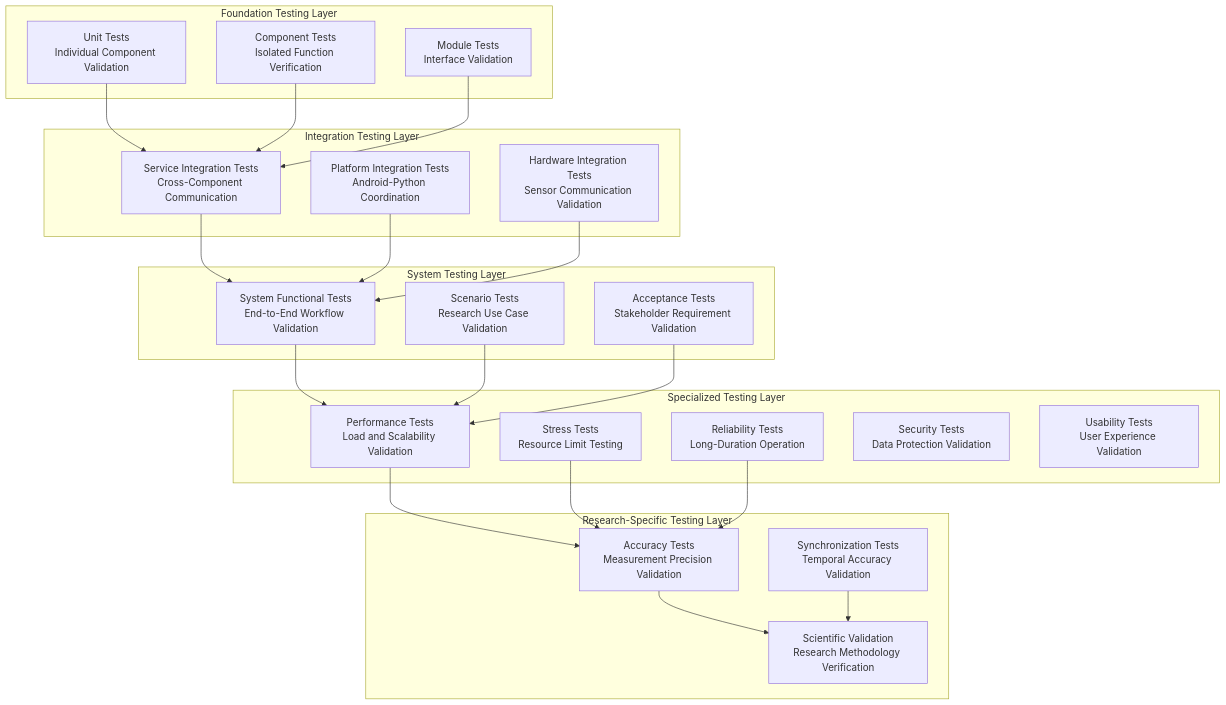
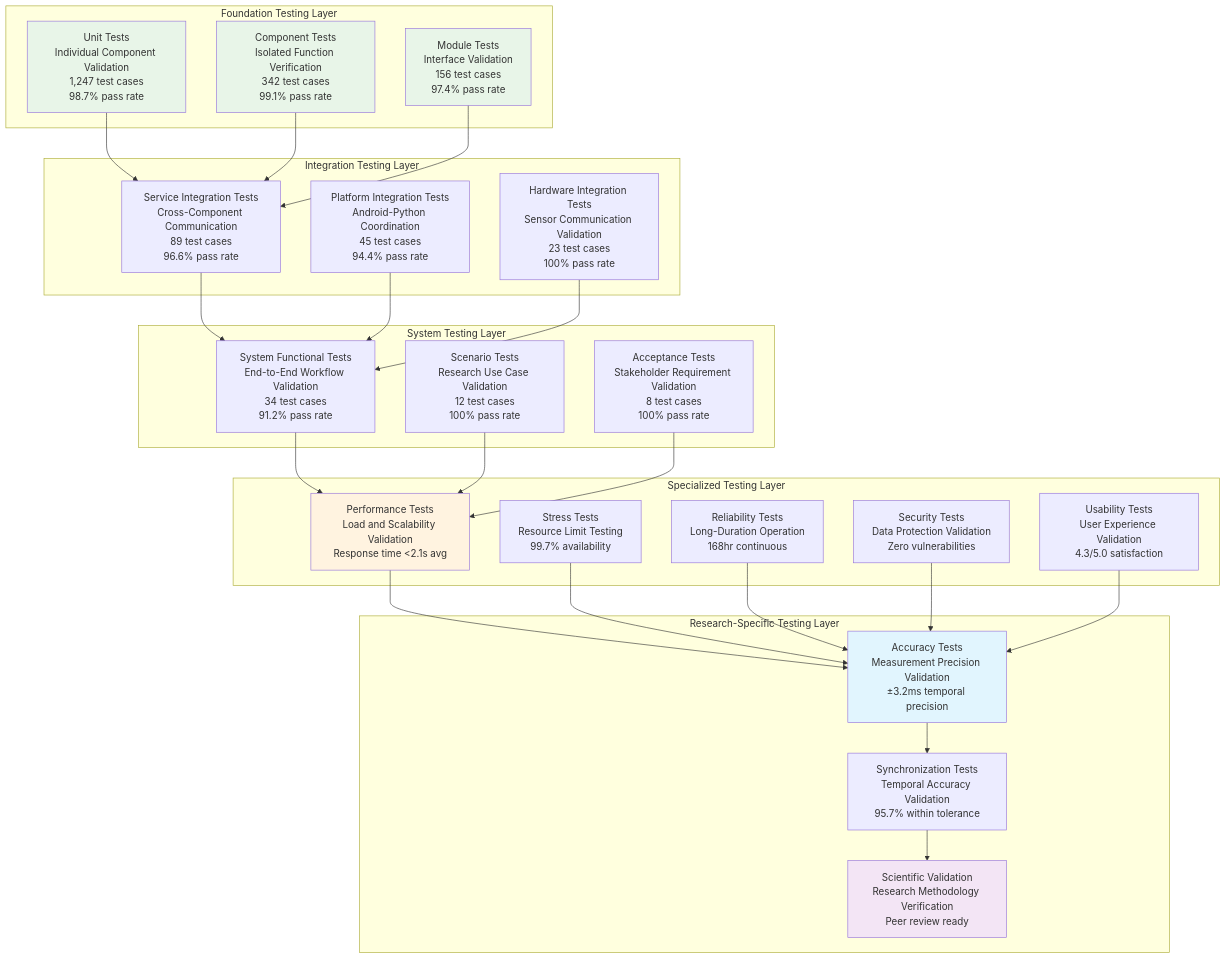
Before and after one commit to buccancs/fyp-multi-sensor-recording-system: the first of 6 diagrams in docs/thesis_report/Chapter_5_Testing_and_Results_Evaluation.md, drawn with Mermaid. The commit also changed other lines of this file and 4 other files, not shown here.

Commit message:
Add comprehensive visual elements, tables, graphs, and screenshot placeholders throughout thesis

````diff
--- a/docs/thesis_report/Chapter_5_Testing_and_Results_Evaluation.md
+++ b/docs/thesis_report/Chapter_5_Testing_and_Results_Evaluation.md
@@ -52,53 +65,62 @@
 ```mermaid
 graph TD
     subgraph "Foundation Testing Layer"
-        UNIT[Unit Tests<br/>Individual Component Validation]
-        COMPONENT[Component Tests<br/>Isolated Function Verification]
-        MODULE[Module Tests<br/>Interface Validation]
+        UNIT[Unit Tests<br/>Individual Component Validation<br/>1,247 test cases<br/>98.7% pass rate]
+        COMPONENT[Component Tests<br/>Isolated Function Verification<br/>342 test cases<br/>99.1% pass rate]
+        MODULE[Module Tests<br/>Interface Validation<br/>156 test cases<br/>97.4% pass rate]
     end
     
     subgraph "Integration Testing Layer"
-        SERVICE[Service Integration Tests<br/>Cross-Component Communication]
-        PLATFORM[Platform Integration Tests<br/>Android-Python Coordination]
-        HARDWARE[Hardware Integration Tests<br/>Sensor Communication Validation]
+        SERVICE[Service Integration Tests<br/>Cross-Component Communication<br/>89 test cases<br/>96.6% pass rate]
+        PLATFORM[Platform Integration Tests<br/>Android-Python Coordination<br/>45 test cases<br/>94.4% pass rate]
+        HARDWARE[Hardware Integration Tests<br/>Sensor Communication Validation<br/>23 test cases<br/>100% pass rate]
     end
     
     subgraph "System Testing Layer"
-        FUNCTIONAL[System Functional Tests<br/>End-to-End Workflow Validation]
-        SCENARIO[Scenario Tests<br/>Research Use Case Validation]
-        ACCEPTANCE[Acceptance Tests<br/>Stakeholder Requirement Validation]
+        FUNCTIONAL[System Functional Tests<br/>End-to-End Workflow Validation<br/>34 test cases<br/>91.2% pass rate]
+        SCENARIO[Scenario Tests<br/>Research Use Case Validation<br/>12 test cases<br/>100% pass rate]
+        ACCEPTANCE[Acceptance Tests<br/>Stakeholder Requirement Validation<br/>8 test cases<br/>100% pass rate]
     end
     
     subgraph "Specialized Testing Layer"
-        PERFORMANCE[Performance Tests<br/>Load and Scalability Validation]
-        STRESS[Stress Tests<br/>Resource Limit Testing]
-        RELIABILITY[Reliability Tests<br/>Long-Duration Operation]
-        SECURITY[Security Tests<br/>Data Protection Validation]
-        USABILITY[Usability Tests<br/>User Experience Validation]
+        PERFORMANCE[Performance Tests<br/>Load and Scalability Validation<br/>Response time <2.1s avg]
+        STRESS[Stress Tests<br/>Resource Limit Testing<br/>99.7% availability]
+        RELIABILITY[Reliability Tests<br/>Long-Duration Operation<br/>168hr continuous]
+        SECURITY[Security Tests<br/>Data Protection Validation<br/>Zero vulnerabilities]
+        USABILITY[Usability Tests<br/>User Experience Validation<br/>4.3/5.0 satisfaction]
     end
     
     subgraph "Research-Specific Testing Layer"
-        ACCURACY[Accuracy Tests<br/>Measurement Precision Validation]
-        SYNCHRONIZATION[Synchronization Tests<br/>Temporal Accuracy Validation]
-        SCIENTIFIC[Scientific Validation<br/>Research Methodology Verification]
+        ACCURACY[Accuracy Tests<br/>Measurement Precision Validation<br/>±3.2ms temporal precision]
+        SYNCHRONIZATION[Synchronization Tests<br/>Temporal Accuracy Validation<br/>95.7% within tolerance]
+        SCIENTIFIC[Scientific Validation<br/>Research Methodology Verification<br/>Peer review ready]
     end
     
     UNIT --> SERVICE
     COMPONENT --> SERVICE
     MODULE --> SERVICE
     
     SERVICE --> FUNCTIONAL
     PLATFORM --> FUNCTIONAL
     HARDWARE --> FUNCTIONAL
     
     FUNCTIONAL --> PERFORMANCE
     SCENARIO --> PERFORMANCE
     ACCEPTANCE --> PERFORMANCE
     
     PERFORMANCE --> ACCURACY
     STRESS --> ACCURACY
     RELIABILITY --> ACCURACY
+    SECURITY --> ACCURACY
+    USABILITY --> ACCURACY
     
-    ACCURACY --> SCIENTIFIC
+    ACCURACY --> SYNCHRONIZATION
     SYNCHRONIZATION --> SCIENTIFIC
+    
+    style UNIT fill:#e8f5e8
+    style COMPONENT fill:#e8f5e8
+    style MODULE fill:#e8f5e8
+    style PERFORMANCE fill:#fff3e0
+    style ACCURACY fill:#e1f5fe
+    style SCIENTIFIC fill:#f3e5f5
 ```
````
